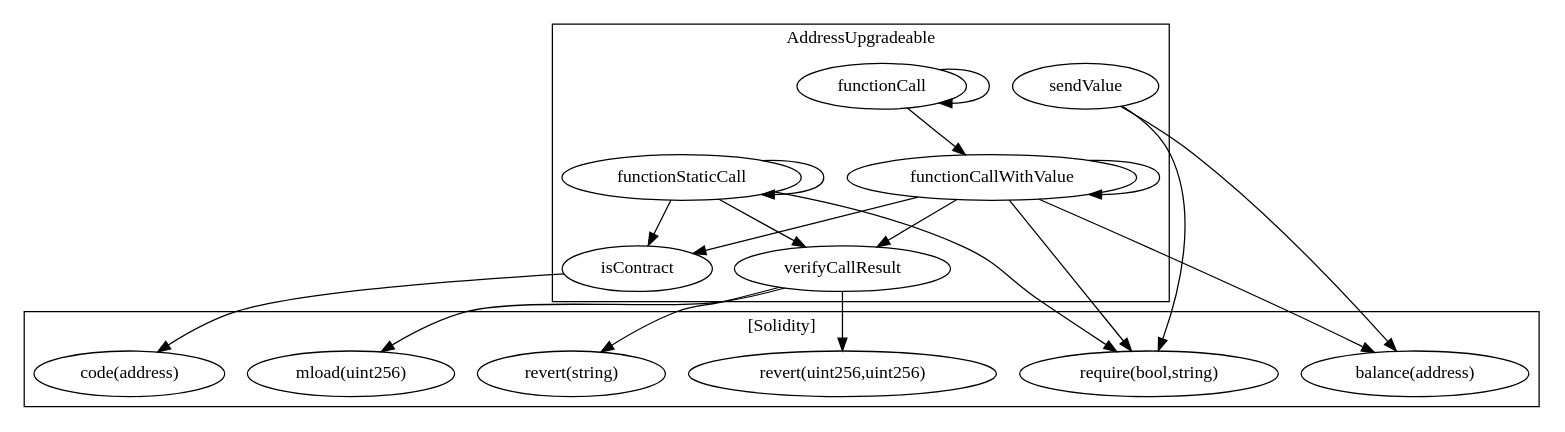
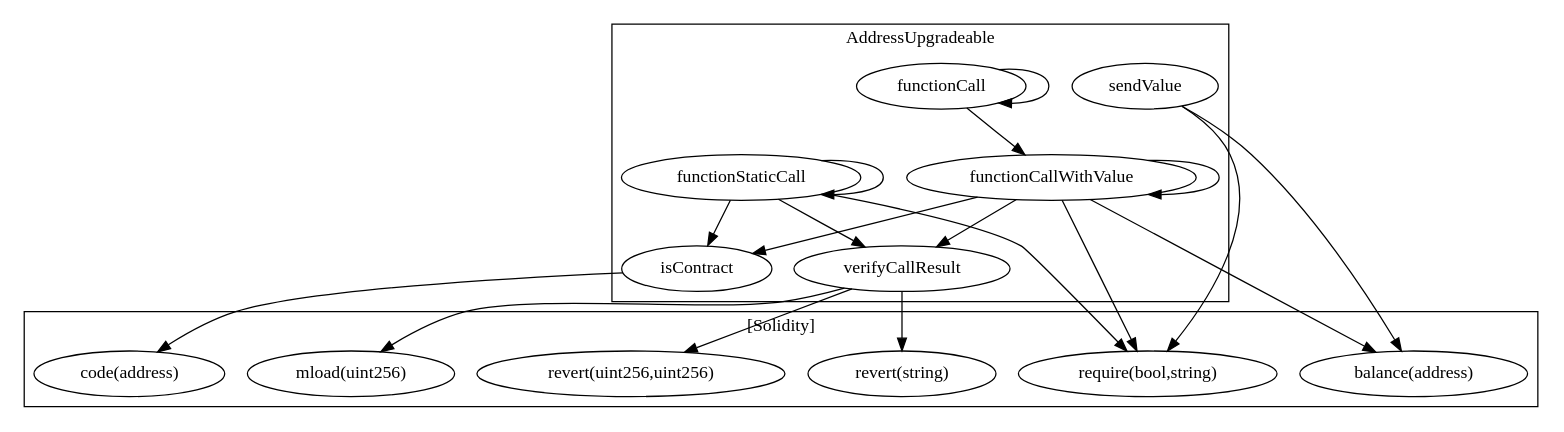
The diagram in contracts/build/...AddressUpgradeable.call-graph.dot (FlipsideCrypto/badger), drawn with Graphviz before and after one commit. The commit also changed other lines of this file and 20 other files, not shown here.

```diff
--- a/contracts/build/...AddressUpgradeable.call-graph.dot
+++ b/contracts/build/...AddressUpgradeable.call-graph.dot
@@ -1,36 +1,36 @@
 strict digraph {
 subgraph cluster_1948_AddressUpgradeable {
 label = "AddressUpgradeable"
+"1948_functionCallWithValue" [label="functionCallWithValue"]
+"1948_sendValue" [label="sendValue"]
+"1948_functionCall" [label="functionCall"]
+"1948_functionStaticCall" [label="functionStaticCall"]
 "1948_verifyCallResult" [label="verifyCallResult"]
-"1948_functionCallWithValue" [label="functionCallWithValue"]
-"1948_functionCall" [label="functionCall"]
 "1948_isContract" [label="isContract"]
-"1948_sendValue" [label="sendValue"]
-"1948_functionStaticCall" [label="functionStaticCall"]
+"1948_functionCallWithValue" -> "1948_verifyCallResult"
+"1948_functionStaticCall" -> "1948_functionStaticCall"
+"1948_functionCall" -> "1948_functionCall"
+"1948_functionStaticCall" -> "1948_isContract"
 "1948_functionCallWithValue" -> "1948_isContract"
 "1948_functionStaticCall" -> "1948_verifyCallResult"
-"1948_functionStaticCall" -> "1948_functionStaticCall"
-"1948_functionStaticCall" -> "1948_isContract"
-"1948_functionCall" -> "1948_functionCall"
-"1948_functionCallWithValue" -> "1948_verifyCallResult"
+"1948_functionCallWithValue" -> "1948_functionCallWithValue"
 "1948_functionCall" -> "1948_functionCallWithValue"
-"1948_functionCallWithValue" -> "1948_functionCallWithValue"
 }subgraph cluster_solidity {
 label = "[Solidity]"
+"mload(uint256)" 
+"revert(string)" 
+"revert(uint256,uint256)" 
 "require(bool,string)" 
-"revert(uint256,uint256)" 
-"revert(string)" 
+"balance(address)" 
 "code(address)" 
-"balance(address)" 
-"mload(uint256)" 
-"1948_verifyCallResult" -> "revert(string)"
 "1948_functionCallWithValue" -> "balance(address)"
-"1948_functionStaticCall" -> "require(bool,string)"
+"1948_sendValue" -> "balance(address)"
 "1948_isContract" -> "code(address)"
 "1948_sendValue" -> "require(bool,string)"
 "1948_verifyCallResult" -> "mload(uint256)"
-"1948_sendValue" -> "balance(address)"
+"1948_functionStaticCall" -> "require(bool,string)"
 "1948_functionCallWithValue" -> "require(bool,string)"
 "1948_verifyCallResult" -> "revert(uint256,uint256)"
+"1948_verifyCallResult" -> "revert(string)"
 }
 }
```
